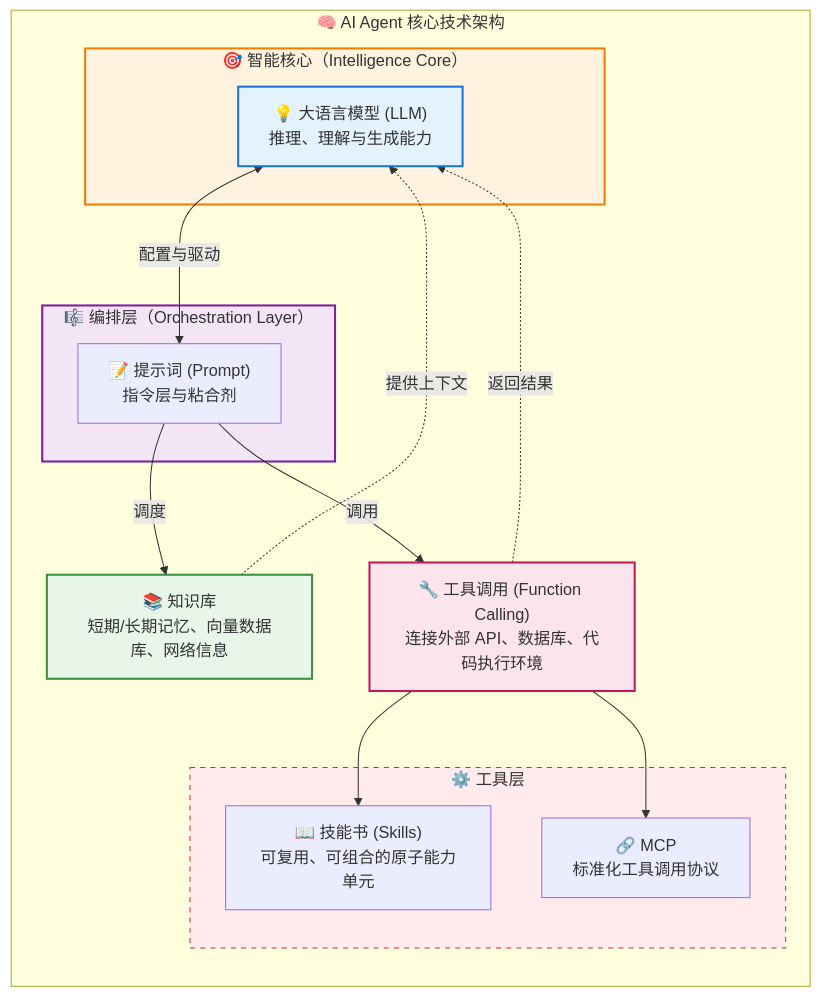
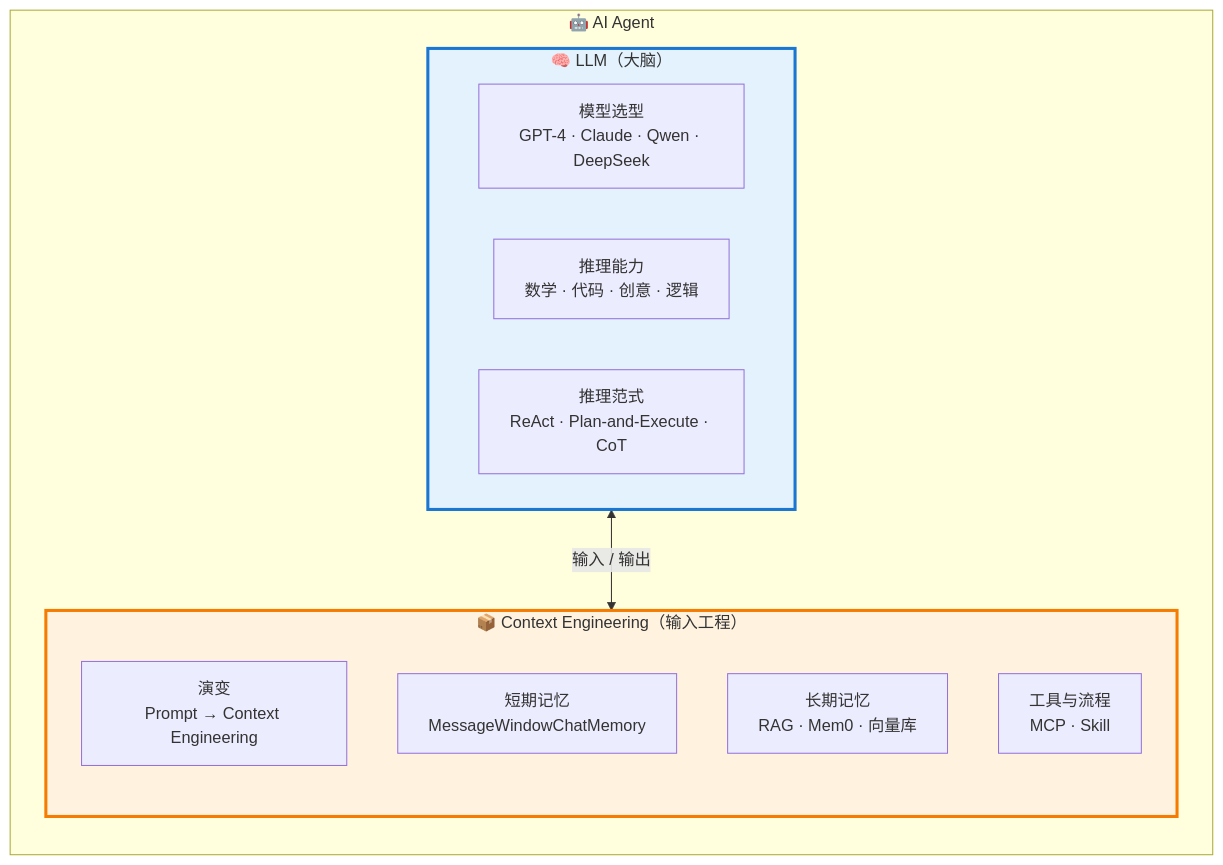
Before and after one commit to wb04307201/wb04307201: the first of 10 diagrams in note/11.ai/training/lesson1/README1.md, drawn with Mermaid. The commit also changed other lines of this file and 2 other files, not shown here.

````diff
--- a/note/11.ai/training/lesson1/README1.md
+++ b/note/11.ai/training/lesson1/README1.md
@@ -37,46 +22,26 @@
 ```mermaid
 flowchart TB
-    subgraph Core["🧠 AI Agent 核心技术架构"]
+    subgraph Agent["🤖 AI Agent"]
         direction TB
-        
-        subgraph IC["🎯 智能核心（Intelligence Core）"]
-            LLM["💡 大语言模型 (LLM)<br/>推理、理解与生成能力"]
+
+        subgraph LLM["🧠 LLM（大脑）"]
+            L1["模型选型<br/>GPT-4 · Claude · Qwen · DeepSeek"]
+            L2["推理能力<br/>数学 · 代码 · 创意 · 逻辑"]
+            L3["推理范式<br/>ReAct · Plan-and-Execute · CoT"]
         end
-        
-        subgraph OC["🎼 编排层（Orchestration Layer）"]
-            Prompt["📝 提示词 (Prompt)<br/>指令层与粘合剂"]
+
+        subgraph Context["📦 Context Engineering（输入工程）"]
+            direction TB
+
+            C1["演变<br/>Prompt → Context Engineering"]
+            C2["短期记忆<br/>MessageWindowChatMemory"]
+            C3["长期记忆<br/>RAG · Mem0 · 向量库"]
+            C4["工具与流程<br/>MCP · Skill"]
         end
-        
-        Knowledge["📚 知识库<br/>短期/长期记忆、向量数据库、网络信息"]
-        
-        Tool["🔧 工具调用 (Function Calling)<br/>连接外部 API、数据库、代码执行环境"]
-        
-        subgraph ToolSub["⚙️ 工具层"]
-            Skills["📖 技能书 (Skills)<br/>可复用、可组合的原子能力单元"]
-            MCP["🔗 MCP<br/>标准化工具调用协议"]
-        end
+
+        LLM <-->|"输入 / 输出"| Context
     end
-    
-    LLM <-->|配置与驱动| Prompt
-    Prompt -->|调度| Knowledge
-    Prompt -->|调用| Tool
-    Tool --> Skills
-    Tool --> MCP
-    Knowledge -.->|提供上下文| LLM
-    Tool -.->|返回结果| LLM
-    
-    classDef core fill:#e3f2fd,stroke:#1976d2,stroke-width:2px
-    classDef intelligence fill:#fff3e0,stroke:#f57c00,stroke-width:2px
-    classDef orchestration fill:#f3e5f5,stroke:#7b1fa2,stroke-width:2px
-    classDef knowledge fill:#e8f5e9,stroke:#388e3c,stroke-width:2px
-    classDef tool fill:#fce4ec,stroke:#c2185b,stroke-width:2px
-    classDef toolsub fill:#ffebee,stroke:#d32f2f,stroke-width:1px,stroke-dasharray: 5 5
-    
-    class LLM core
-    class IC intelligence
-    class OC orchestration
-    class Knowledge knowledge
-    class Tool tool
-    class ToolSub toolsub
 
+    style LLM fill:#e3f2fd,stroke:#1976d2,stroke-width:3px
+    style Context fill:#fff3e0,stroke:#f57c00,stroke-width:3px
 ```
````
